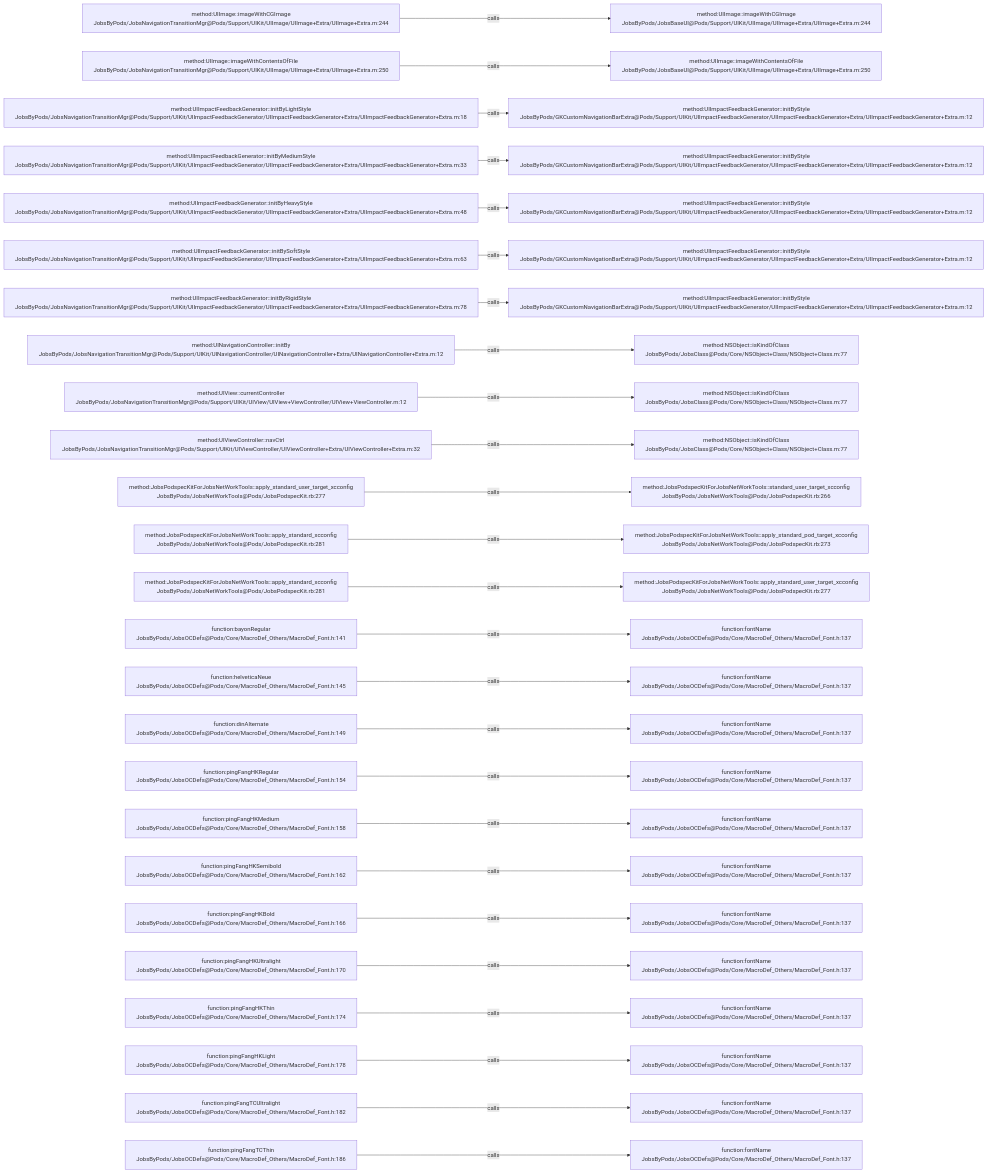
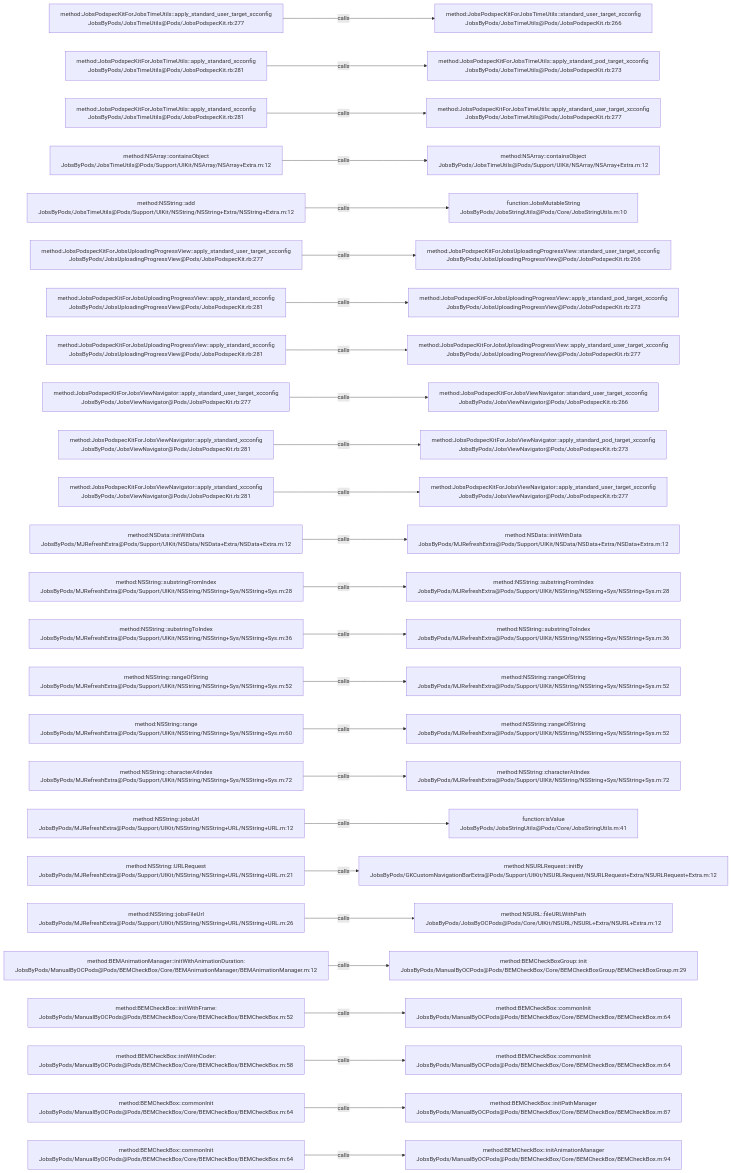
The diagram in .codegraph/codegraph.md/graphs/calls-017.md (JobsKits/JobsOCBaseConfigDemo), drawn with Mermaid before and after one commit. The commit also changed 1223 other files, not shown here.

````diff
--- a/.codegraph/codegraph.md/graphs/calls-017.md
+++ b/.codegraph/codegraph.md/graphs/calls-017.md
@@ -13,78 +13,78 @@
 ```mermaid
 flowchart LR
-  S1["method:UIImage::imageWithCGImage<br/>JobsByPods/JobsNavigationTransitionMgr@Pods/Support/UIKit/UIImage/UIImage+Extra/UIImage+Extra.m:244"]
-  T1["method:UIImage::imageWithCGImage<br/>JobsByPods/JobsBaseUI@Pods/Support/UIKit/UIImage/UIImage+Extra/UIImage+Extra.m:244"]
+  S1["method:JobsPodspecKitForJobsTimeUtils::apply_standard_user_target_xcconfig<br/>JobsByPods/JobsTimeUtils@Pods/JobsPodspecKit.rb:277"]
+  T1["method:JobsPodspecKitForJobsTimeUtils::standard_user_target_xcconfig<br/>JobsByPods/JobsTimeUtils@Pods/JobsPodspecKit.rb:266"]
   S1 -->|calls| T1
-  S2["method:UIImage::imageWithContentsOfFile<br/>JobsByPods/JobsNavigationTransitionMgr@Pods/Support/UIKit/UIImage/UIImage+Extra/UIImage+Extra.m:250"]
-  T2["method:UIImage::imageWithContentsOfFile<br/>JobsByPods/JobsBaseUI@Pods/Support/UIKit/UIImage/UIImage+Extra/UIImage+Extra.m:250"]
+  S2["method:JobsPodspecKitForJobsTimeUtils::apply_standard_xcconfig<br/>JobsByPods/JobsTimeUtils@Pods/JobsPodspecKit.rb:281"]
+  T2["method:JobsPodspecKitForJobsTimeUtils::apply_standard_pod_target_xcconfig<br/>JobsByPods/JobsTimeUtils@Pods/JobsPodspecKit.rb:273"]
   S2 -->|calls| T2
-  S3["method:UIImpactFeedbackGenerator::initByLightStyle<br/>JobsByPods/JobsNavigationTransitionMgr@Pods/Support/UIKit/UIImpactFeedbackGenerator/UIImpactFeedbackGenerator+Extra/UIImpactFeedbackGenerator+Extra.m:18"]
-  T3["method:UIImpactFeedbackGenerator::initByStyle<br/>JobsByPods/GKCustomNavigationBarExtra@Pods/Support/UIKit/UIImpactFeedbackGenerator/UIImpactFeedbackGenerator+Extra/UIImpactFeedbackGenerator+Extra.m:12"]
+  S3["method:JobsPodspecKitForJobsTimeUtils::apply_standard_xcconfig<br/>JobsByPods/JobsTimeUtils@Pods/JobsPodspecKit.rb:281"]
+  T3["method:JobsPodspecKitForJobsTimeUtils::apply_standard_user_target_xcconfig<br/>JobsByPods/JobsTimeUtils@Pods/JobsPodspecKit.rb:277"]
   S3 -->|calls| T3
-  S4["method:UIImpactFeedbackGenerator::initByMediumStyle<br/>JobsByPods/JobsNavigationTransitionMgr@Pods/Support/UIKit/UIImpactFeedbackGenerator/UIImpactFeedbackGenerator+Extra/UIImpactFeedbackGenerator+Extra.m:33"]
-  T4["method:UIImpactFeedbackGenerator::initByStyle<br/>JobsByPods/GKCustomNavigationBarExtra@Pods/Support/UIKit/UIImpactFeedbackGenerator/UIImpactFeedbackGenerator+Extra/UIImpactFeedbackGenerator+Extra.m:12"]
+  S4["method:NSArray::containsObject<br/>JobsByPods/JobsTimeUtils@Pods/Support/UIKit/NSArray/NSArray+Extra.m:12"]
+  T4["method:NSArray::containsObject<br/>JobsByPods/JobsTimeUtils@Pods/Support/UIKit/NSArray/NSArray+Extra.m:12"]
   S4 -->|calls| T4
-  S5["method:UIImpactFeedbackGenerator::initByHeavyStyle<br/>JobsByPods/JobsNavigationTransitionMgr@Pods/Support/UIKit/UIImpactFeedbackGenerator/UIImpactFeedbackGenerator+Extra/UIImpactFeedbackGenerator+Extra.m:48"]
-  T5["method:UIImpactFeedbackGenerator::initByStyle<br/>JobsByPods/GKCustomNavigationBarExtra@Pods/Support/UIKit/UIImpactFeedbackGenerator/UIImpactFeedbackGenerator+Extra/UIImpactFeedbackGenerator+Extra.m:12"]
+  S5["method:NSString::add<br/>JobsByPods/JobsTimeUtils@Pods/Support/UIKit/NSString/NSString+Extra/NSString+Extra.m:12"]
+  T5["function:JobsMutableString<br/>JobsByPods/JobsStringUtils@Pods/Core/JobsStringUtils.m:10"]
   S5 -->|calls| T5
-  S6["method:UIImpactFeedbackGenerator::initBySoftStyle<br/>JobsByPods/JobsNavigationTransitionMgr@Pods/Support/UIKit/UIImpactFeedbackGenerator/UIImpactFeedbackGenerator+Extra/UIImpactFeedbackGenerator+Extra.m:63"]
-  T6["method:UIImpactFeedbackGenerator::initByStyle<br/>JobsByPods/GKCustomNavigationBarExtra@Pods/Support/UIKit/UIImpactFeedbackGenerator/UIImpactFeedbackGenerator+Extra/UIImpactFeedbackGenerator+Extra.m:12"]
+  S6["method:JobsPodspecKitForJobsUploadingProgressView::apply_standard_user_target_xcconfig<br/>JobsByPods/JobsUploadingProgressView@Pods/JobsPodspecKit.rb:277"]
+  T6["method:JobsPodspecKitForJobsUploadingProgressView::standard_user_target_xcconfig<br/>JobsByPods/JobsUploadingProgressView@Pods/JobsPodspecKit.rb:266"]
   S6 -->|calls| T6
-  S7["method:UIImpactFeedbackGenerator::initByRigidStyle<br/>JobsByPods/JobsNavigationTransitionMgr@Pods/Support/UIKit/UIImpactFeedbackGenerator/UIImpactFeedbackGenerator+Extra/UIImpactFeedbackGenerator+Extra.m:78"]
-  T7["method:UIImpactFeedbackGenerator::initByStyle<br/>JobsByPods/GKCustomNavigationBarExtra@Pods/Support/UIKit/UIImpactFeedbackGenerator/UIImpactFeedbackGenerator+Extra/UIImpactFeedbackGenerator+Extra.m:12"]
+  S7["method:JobsPodspecKitForJobsUploadingProgressView::apply_standard_xcconfig<br/>JobsByPods/JobsUploadingProgressView@Pods/JobsPodspecKit.rb:281"]
+  T7["method:JobsPodspecKitForJobsUploadingProgressView::apply_standard_pod_target_xcconfig<br/>JobsByPods/JobsUploadingProgressView@Pods/JobsPodspecKit.rb:273"]
   S7 -->|calls| T7
-  S8["method:UINavigationController::initBy<br/>JobsByPods/JobsNavigationTransitionMgr@Pods/Support/UIKit/UINavigationController/UINavigationController+Extra/UINavigationController+Extra.m:12"]
-  T8["method:NSObject::isKindOfClass<br/>JobsByPods/JobsClass@Pods/Core/NSObject+Class/NSObject+Class.m:77"]
+  S8["method:JobsPodspecKitForJobsUploadingProgressView::apply_standard_xcconfig<br/>JobsByPods/JobsUploadingProgressView@Pods/JobsPodspecKit.rb:281"]
+  T8["method:JobsPodspecKitForJobsUploadingProgressView::apply_standard_user_target_xcconfig<br/>JobsByPods/JobsUploadingProgressView@Pods/JobsPodspecKit.rb:277"]
   S8 -->|calls| T8
-  S9["method:UIView::currentController<br/>JobsByPods/JobsNavigationTransitionMgr@Pods/Support/UIKit/UIView/UIView+ViewController/UIView+ViewController.m:12"]
-  T9["method:NSObject::isKindOfClass<br/>JobsByPods/JobsClass@Pods/Core/NSObject+Class/NSObject+Class.m:77"]
+  S9["method:JobsPodspecKitForJobsViewNavigator::apply_standard_user_target_xcconfig<br/>JobsByPods/JobsViewNavigator@Pods/JobsPodspecKit.rb:277"]
+  T9["method:JobsPodspecKitForJobsViewNavigator::standard_user_target_xcconfig<br/>JobsByPods/JobsViewNavigator@Pods/JobsPodspecKit.rb:266"]
   S9 -->|calls| T9
-  S10["method:UIViewController::navCtrl<br/>JobsByPods/JobsNavigationTransitionMgr@Pods/Support/UIKit/UIViewController/UIViewController+Extra/UIViewController+Extra.m:32"]
-  T10["method:NSObject::isKindOfClass<br/>JobsByPods/JobsClass@Pods/Core/NSObject+Class/NSObject+Class.m:77"]
+  S10["method:JobsPodspecKitForJobsViewNavigator::apply_standard_xcconfig<br/>JobsByPods/JobsViewNavigator@Pods/JobsPodspecKit.rb:281"]
+  T10["method:JobsPodspecKitForJobsViewNavigator::apply_standard_pod_target_xcconfig<br/>JobsByPods/JobsViewNavigator@Pods/JobsPodspecKit.rb:273"]
   S10 -->|calls| T10
-  S11["method:JobsPodspecKitForJobsNetWorkTools::apply_standard_user_target_xcconfig<br/>JobsByPods/JobsNetWorkTools@Pods/JobsPodspecKit.rb:277"]
-  T11["method:JobsPodspecKitForJobsNetWorkTools::standard_user_target_xcconfig<br/>JobsByPods/JobsNetWorkTools@Pods/JobsPodspecKit.rb:266"]
+  S11["method:JobsPodspecKitForJobsViewNavigator::apply_standard_xcconfig<br/>JobsByPods/JobsViewNavigator@Pods/JobsPodspecKit.rb:281"]
+  T11["method:JobsPodspecKitForJobsViewNavigator::apply_standard_user_target_xcconfig<br/>JobsByPods/JobsViewNavigator@Pods/JobsPodspecKit.rb:277"]
   S11 -->|calls| T11
-  S12["method:JobsPodspecKitForJobsNetWorkTools::apply_standard_xcconfig<br/>JobsByPods/JobsNetWorkTools@Pods/JobsPodspecKit.rb:281"]
-  T12["method:JobsPodspecKitForJobsNetWorkTools::apply_standard_pod_target_xcconfig<br/>JobsByPods/JobsNetWorkTools@Pods/JobsPodspecKit.rb:273"]
+  S12["method:NSData::initWithData<br/>JobsByPods/MJRefreshExtra@Pods/Support/UIKit/NSData/NSData+Extra/NSData+Extra.m:12"]
+  T12["method:NSData::initWithData<br/>JobsByPods/MJRefreshExtra@Pods/Support/UIKit/NSData/NSData+Extra/NSData+Extra.m:12"]
   S12 -->|calls| T12
-  S13["method:JobsPodspecKitForJobsNetWorkTools::apply_standard_xcconfig<br/>JobsByPods/JobsNetWorkTools@Pods/JobsPodspecKit.rb:281"]
-  T13["method:JobsPodspecKitForJobsNetWorkTools::apply_standard_user_target_xcconfig<br/>JobsByPods/JobsNetWorkTools@Pods/JobsPodspecKit.rb:277"]
+  S13["method:NSString::substringFromIndex<br/>JobsByPods/MJRefreshExtra@Pods/Support/UIKit/NSString/NSString+Sys/NSString+Sys.m:28"]
+  T13["method:NSString::substringFromIndex<br/>JobsByPods/MJRefreshExtra@Pods/Support/UIKit/NSString/NSString+Sys/NSString+Sys.m:28"]
   S13 -->|calls| T13
-  S14["function:bayonRegular<br/>JobsByPods/JobsOCDefs@Pods/Core/MacroDef_Others/MacroDef_Font.h:141"]
-  T14["function:fontName<br/>JobsByPods/JobsOCDefs@Pods/Core/MacroDef_Others/MacroDef_Font.h:137"]
+  S14["method:NSString::substringToIndex<br/>JobsByPods/MJRefreshExtra@Pods/Support/UIKit/NSString/NSString+Sys/NSString+Sys.m:36"]
+  T14["method:NSString::substringToIndex<br/>JobsByPods/MJRefreshExtra@Pods/Support/UIKit/NSString/NSString+Sys/NSString+Sys.m:36"]
   S14 -->|calls| T14
-  S15["function:helveticaNeue<br/>JobsByPods/JobsOCDefs@Pods/Core/MacroDef_Others/MacroDef_Font.h:145"]
-  T15["function:fontName<br/>JobsByPods/JobsOCDefs@Pods/Core/MacroDef_Others/MacroDef_Font.h:137"]
+  S15["method:NSString::rangeOfString<br/>JobsByPods/MJRefreshExtra@Pods/Support/UIKit/NSString/NSString+Sys/NSString+Sys.m:52"]
+  T15["method:NSString::rangeOfString<br/>JobsByPods/MJRefreshExtra@Pods/Support/UIKit/NSString/NSString+Sys/NSString+Sys.m:52"]
   S15 -->|calls| T15
-  S16["function:dinAlternate<br/>JobsByPods/JobsOCDefs@Pods/Core/MacroDef_Others/MacroDef_Font.h:149"]
-  T16["function:fontName<br/>JobsByPods/JobsOCDefs@Pods/Core/MacroDef_Others/MacroDef_Font.h:137"]
+  S16["method:NSString::range<br/>JobsByPods/MJRefreshExtra@Pods/Support/UIKit/NSString/NSString+Sys/NSString+Sys.m:60"]
+  T16["method:NSString::rangeOfString<br/>JobsByPods/MJRefreshExtra@Pods/Support/UIKit/NSString/NSString+Sys/NSString+Sys.m:52"]
   S16 -->|calls| T16
-  S17["function:pingFangHKRegular<br/>JobsByPods/JobsOCDefs@Pods/Core/MacroDef_Others/MacroDef_Font.h:154"]
-  T17["function:fontName<br/>JobsByPods/JobsOCDefs@Pods/Core/MacroDef_Others/MacroDef_Font.h:137"]
+  S17["method:NSString::characterAtIndex<br/>JobsByPods/MJRefreshExtra@Pods/Support/UIKit/NSString/NSString+Sys/NSString+Sys.m:72"]
+  T17["method:NSString::characterAtIndex<br/>JobsByPods/MJRefreshExtra@Pods/Support/UIKit/NSString/NSString+Sys/NSString+Sys.m:72"]
   S17 -->|calls| T17
-  S18["function:pingFangHKMedium<br/>JobsByPods/JobsOCDefs@Pods/Core/MacroDef_Others/MacroDef_Font.h:158"]
-  T18["function:fontName<br/>JobsByPods/JobsOCDefs@Pods/Core/MacroDef_Others/MacroDef_Font.h:137"]
+  S18["method:NSString::jobsUrl<br/>JobsByPods/MJRefreshExtra@Pods/Support/UIKit/NSString/NSString+URL/NSString+URL.m:12"]
+  T18["function:isValue<br/>JobsByPods/JobsStringUtils@Pods/Core/JobsStringUtils.m:41"]
   S18 -->|calls| T18
-  S19["function:pingFangHKSemibold<br/>JobsByPods/JobsOCDefs@Pods/Core/MacroDef_Others/MacroDef_Font.h:162"]
-  T19["function:fontName<br/>JobsByPods/JobsOCDefs@Pods/Core/MacroDef_Others/MacroDef_Font.h:137"]
+  S19["method:NSString::URLRequest<br/>JobsByPods/MJRefreshExtra@Pods/Support/UIKit/NSString/NSString+URL/NSString+URL.m:21"]
+  T19["method:NSURLRequest::initBy<br/>JobsByPods/GKCustomNavigationBarExtra@Pods/Support/UIKit/NSURLRequest/NSURLRequest+Extra/NSURLRequest+Extra.m:12"]
   S19 -->|calls| T19
-  S20["function:pingFangHKBold<br/>JobsByPods/JobsOCDefs@Pods/Core/MacroDef_Others/MacroDef_Font.h:166"]
-  T20["function:fontName<br/>JobsByPods/JobsOCDefs@Pods/Core/MacroDef_Others/MacroDef_Font.h:137"]
+  S20["method:NSString::jobsFileUrl<br/>JobsByPods/MJRefreshExtra@Pods/Support/UIKit/NSString/NSString+URL/NSString+URL.m:26"]
+  T20["method:NSURL::fileURLWithPath<br/>JobsByPods/JobsByOCPods@Pods/Core/UIKit/NSURL/NSURL+Extra/NSURL+Extra.m:12"]
   S20 -->|calls| T20
-  S21["function:pingFangHKUltralight<br/>JobsByPods/JobsOCDefs@Pods/Core/MacroDef_Others/MacroDef_Font.h:170"]
-  T21["function:fontName<br/>JobsByPods/JobsOCDefs@Pods/Core/MacroDef_Others/MacroDef_Font.h:137"]
+  S21["method:BEMAnimationManager::initWithAnimationDuration:<br/>JobsByPods/ManualByOCPods@Pods/BEMCheckBox/Core/BEMAnimationManager/BEMAnimationManager.m:12"]
+  T21["method:BEMCheckBoxGroup::init<br/>JobsByPods/ManualByOCPods@Pods/BEMCheckBox/Core/BEMCheckBoxGroup/BEMCheckBoxGroup.m:29"]
   S21 -->|calls| T21
-  S22["function:pingFangHKThin<br/>JobsByPods/JobsOCDefs@Pods/Core/MacroDef_Others/MacroDef_Font.h:174"]
-  T22["function:fontName<br/>JobsByPods/JobsOCDefs@Pods/Core/MacroDef_Others/MacroDef_Font.h:137"]
+  S22["method:BEMCheckBox::initWithFrame:<br/>JobsByPods/ManualByOCPods@Pods/BEMCheckBox/Core/BEMCheckBox/BEMCheckBox.m:52"]
+  T22["method:BEMCheckBox::commonInit<br/>JobsByPods/ManualByOCPods@Pods/BEMCheckBox/Core/BEMCheckBox/BEMCheckBox.m:64"]
   S22 -->|calls| T22
-  S23["function:pingFangHKLight<br/>JobsByPods/JobsOCDefs@Pods/Core/MacroDef_Others/MacroDef_Font.h:178"]
-  T23["function:fontName<br/>JobsByPods/JobsOCDefs@Pods/Core/MacroDef_Others/MacroDef_Font.h:137"]
+  S23["method:BEMCheckBox::initWithCoder:<br/>JobsByPods/ManualByOCPods@Pods/BEMCheckBox/Core/BEMCheckBox/BEMCheckBox.m:58"]
+  T23["method:BEMCheckBox::commonInit<br/>JobsByPods/ManualByOCPods@Pods/BEMCheckBox/Core/BEMCheckBox/BEMCheckBox.m:64"]
   S23 -->|calls| T23
-  S24["function:pingFangTCUltralight<br/>JobsByPods/JobsOCDefs@Pods/Core/MacroDef_Others/MacroDef_Font.h:182"]
-  T24["function:fontName<br/>JobsByPods/JobsOCDefs@Pods/Core/MacroDef_Others/MacroDef_Font.h:137"]
+  S24["method:BEMCheckBox::commonInit<br/>JobsByPods/ManualByOCPods@Pods/BEMCheckBox/Core/BEMCheckBox/BEMCheckBox.m:64"]
+  T24["method:BEMCheckBox::initPathManager<br/>JobsByPods/ManualByOCPods@Pods/BEMCheckBox/Core/BEMCheckBox/BEMCheckBox.m:87"]
   S24 -->|calls| T24
-  S25["function:pingFangTCThin<br/>JobsByPods/JobsOCDefs@Pods/Core/MacroDef_Others/MacroDef_Font.h:186"]
-  T25["function:fontName<br/>JobsByPods/JobsOCDefs@Pods/Core/MacroDef_Others/MacroDef_Font.h:137"]
+  S25["method:BEMCheckBox::commonInit<br/>JobsByPods/ManualByOCPods@Pods/BEMCheckBox/Core/BEMCheckBox/BEMCheckBox.m:64"]
+  T25["method:BEMCheckBox::initAnimationManager<br/>JobsByPods/ManualByOCPods@Pods/BEMCheckBox/Core/BEMCheckBox/BEMCheckBox.m:94"]
   S25 -->|calls| T25
 ```
````
